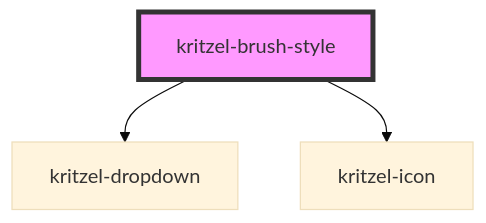
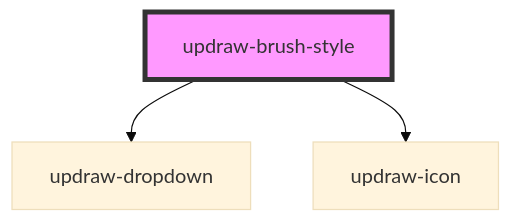
Before and after one commit to kasual1/kritzel: the diagram in libs/editor/core/src/components/updraw-brush-style/readme.md, drawn with Mermaid (base theme). The commit also changed other lines of this file and 1129 other files, not shown here.

First line of the commit message:
Replace kritzel with updraw across the codebase

````diff
--- a/libs/editor/core/src/components/updraw-brush-style/readme.md
+++ b/libs/editor/core/src/components/updraw-brush-style/readme.md
@@ -31,6 +31,6 @@
 ```mermaid
 graph TD;
-  kritzel-brush-style --> kritzel-dropdown
-  kritzel-brush-style --> kritzel-icon
-  style kritzel-brush-style fill:#f9f,stroke:#333,stroke-width:4px
+  updraw-brush-style --> updraw-dropdown
+  updraw-brush-style --> updraw-icon
+  style updraw-brush-style fill:#f9f,stroke:#333,stroke-width:4px
 ```
````
